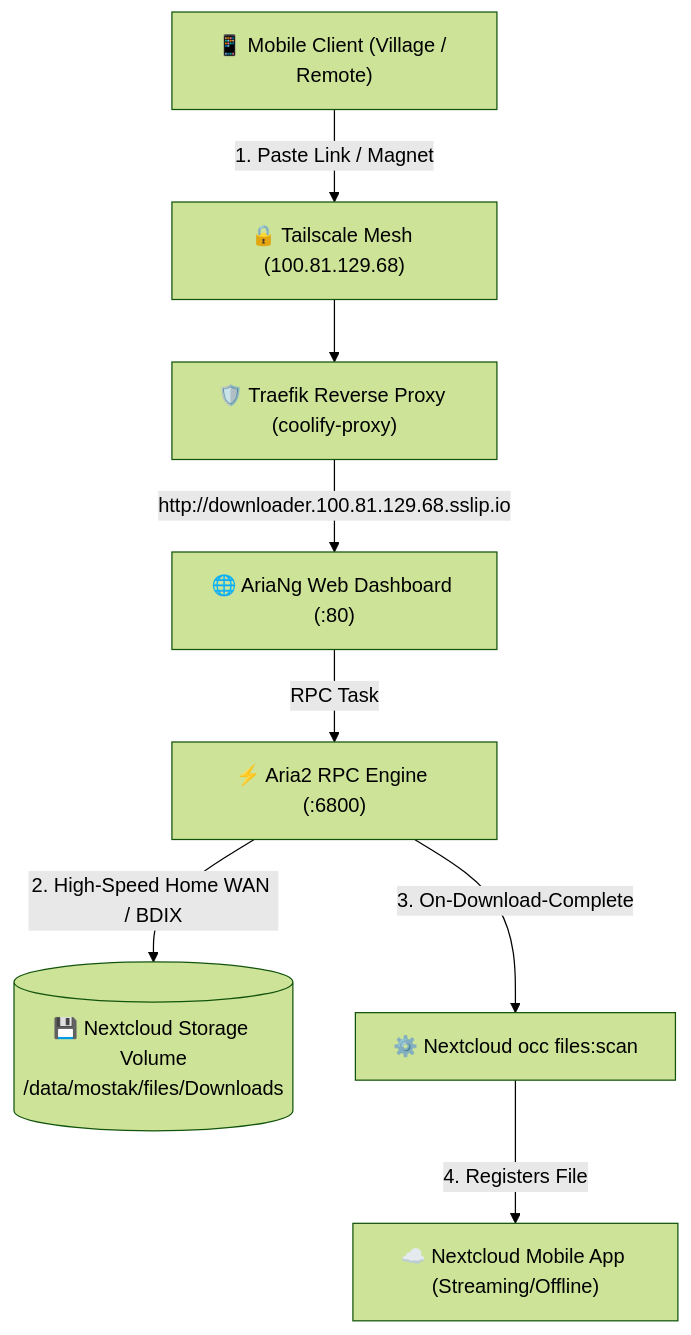
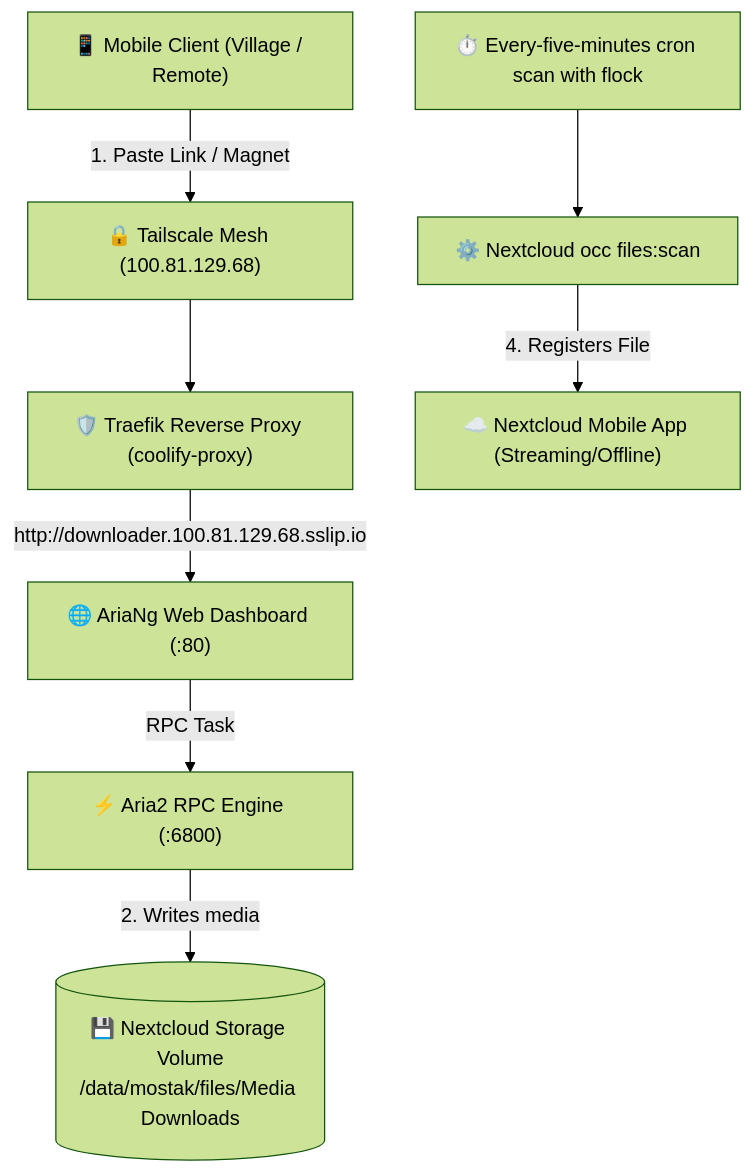
One commit to mostakschl-eng/Home-Server changed the diagram in docs/12-remote-media-downloader.md. Above: the diagram before and after it, drawn with Mermaid (forest theme). The commit also changed other lines of this file and 8 other files, not shown here.

First line of the commit message:
chore: update documentation and configuration for improved Nextcloud and Aria2 integration

````diff
--- a/docs/12-remote-media-downloader.md
+++ b/docs/12-remote-media-downloader.md
@@ -13,19 +13,20 @@
 ```mermaid
 graph TD
     Client["📱 Mobile Client (Village / Remote)"]
     Tailscale["🔒 Tailscale Mesh (100.81.129.68)"]
     Traefik["🛡️ Traefik Reverse Proxy (coolify-proxy)"]
     AriaNg["🌐 AriaNg Web Dashboard (:80)"]
     Aria2["⚡ Aria2 RPC Engine (:6800)"]
-    NC_Vol[("💾 Nextcloud Storage Volume<br>/data/mostak/files/Downloads")]
+    NC_Vol[("💾 Nextcloud Storage Volume<br>/data/mostak/files/Media Downloads")]
     OCC["⚙️ Nextcloud occ files:scan"]
     NC_App["☁️ Nextcloud Mobile App (Streaming/Offline)"]
 
     Client -->|1. Paste Link / Magnet| Tailscale
     Tailscale --> Traefik
     Traefik -->|http://downloader.100.81.129.68.sslip.io| AriaNg
     AriaNg -->|RPC Task| Aria2
-    Aria2 -->|2. High-Speed Home WAN / BDIX| NC_Vol
-    Aria2 -->|3. On-Download-Complete| OCC
+    Cron["⏱️ Every-five-minutes cron scan with flock"]
+    Aria2 -->|2. Writes media| NC_Vol
+    Cron --> OCC
     OCC -->|4. Registers File| NC_App
 ```
````
